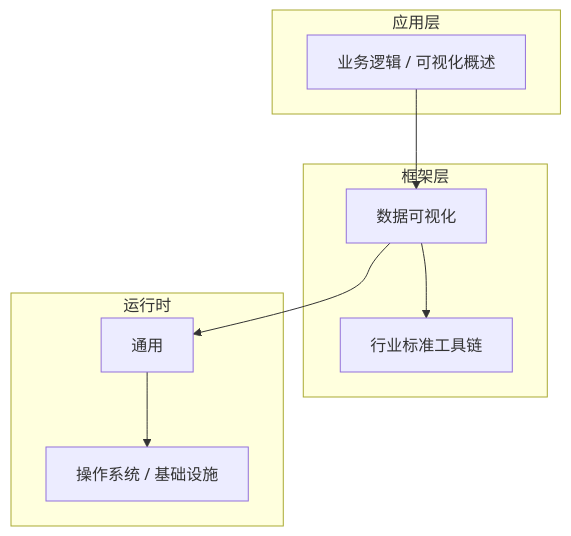
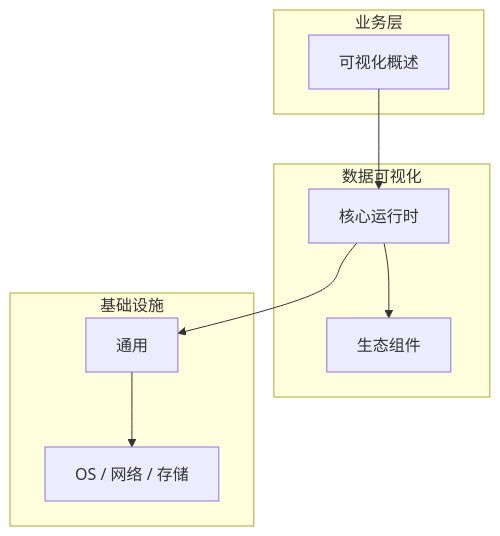
The diagram in articles/数据可视化/chapters/001-可视化概述核心概念与原理.md (yanggan2015/knowledge-json-v2), drawn with Mermaid before and after one commit. The commit also changed other lines of this file and 10127 other files, not shown here.

````diff
--- a/articles/数据可视化/chapters/001-可视化概述核心概念与原理.md
+++ b/articles/数据可视化/chapters/001-可视化概述核心概念与原理.md
@@ -45,18 +34,18 @@
 ```mermaid
 graph TB
-    subgraph 应用层
-        A[业务逻辑 / 可视化概述]
+    subgraph 业务层
+        A[可视化概述]
     end
-    subgraph 框架层
-        B[数据可视化]
-        C[行业标准工具链]
+    subgraph 数据可视化
+        B[核心运行时]
+        C[生态组件]
     end
-    subgraph 运行时
+    subgraph 基础设施
         D[通用]
-        E[操作系统 / 基础设施]
+        E[OS / 网络 / 存储]
     end
     A --> B
     B --> C
     B --> D
     D --> E
 ```
````
